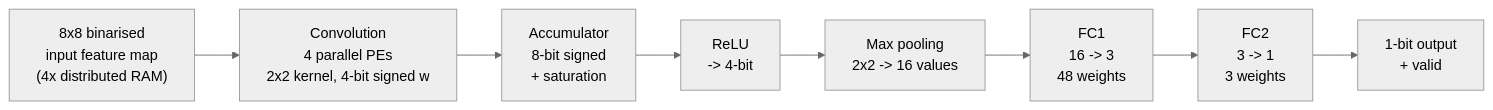
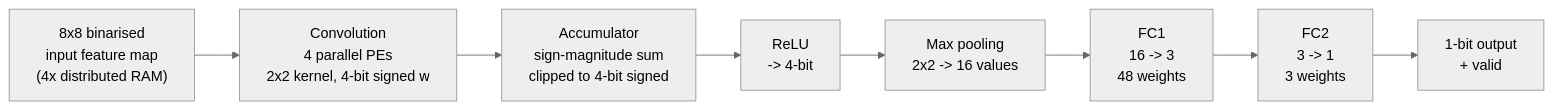
Before and after one commit to ItsZubin/cnn-fpga-accelerator: the diagram in README.md, drawn with Mermaid (neutral theme). The commit also changed other lines of this file and 9 other files, not shown here.

````diff
--- a/README.md
+++ b/README.md
@@ -45,11 +45,11 @@
 ```mermaid
 flowchart LR
     A["8x8 binarised<br/>input feature map<br/>(4x distributed RAM)"] --> B
     B["Convolution<br/>4 parallel PEs<br/>2x2 kernel, 4-bit signed w"] --> C
-    C["Accumulator<br/>8-bit signed<br/>+ saturation"] --> D
+    C["Accumulator<br/>sign-magnitude sum<br/>clipped to 4-bit signed"] --> D
     D["ReLU<br/>-> 4-bit"] --> E
     E["Max pooling<br/>2x2 -> 16 values"] --> F
     F["FC1<br/>16 -> 3<br/>48 weights"] --> G
     G["FC2<br/>3 -> 1<br/>3 weights"] --> H
     H["1-bit output<br/>+ valid"]
 ```
````
